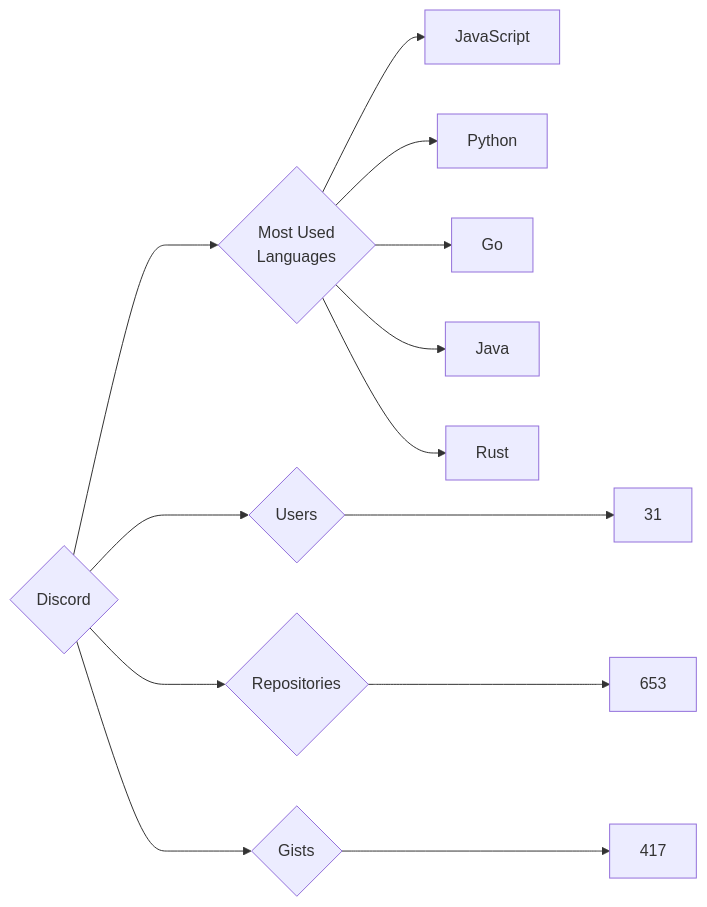
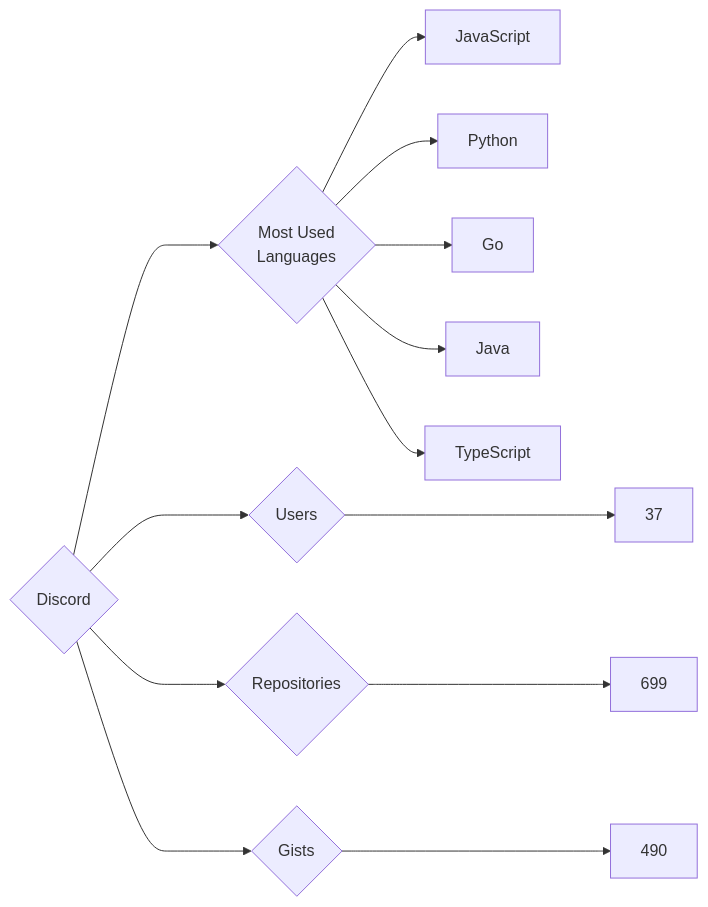
The diagram in targets/Discord/README.md (trickest/insiders), drawn with Mermaid before and after one commit. The commit also changed 553 other files, not shown here.

````diff
--- a/targets/Discord/README.md
+++ b/targets/Discord/README.md
@@ -3,13 +3,13 @@
 ```mermaid
 graph LR
 COMPANY_NAME{Discord}
-COMPANY_NAME ---> U{Users} ---> UN[31]
-COMPANY_NAME ---> R{Repositories} ---> RN[653]
-COMPANY_NAME ---> G{Gists} ---> GN[417]
+COMPANY_NAME ---> U{Users} ---> UN[37]
+COMPANY_NAME ---> R{Repositories} ---> RN[699]
+COMPANY_NAME ---> G{Gists} ---> GN[490]
 COMPANY_NAME ---> ML{Most Used<br>Languages}
 ML --> JavaScript[JavaScript]
 ML --> Python[Python]
 ML --> Go[Go]
 ML --> Java[Java]
-ML --> Rust[Rust]
+ML --> TypeScript[TypeScript]
 ```
````
